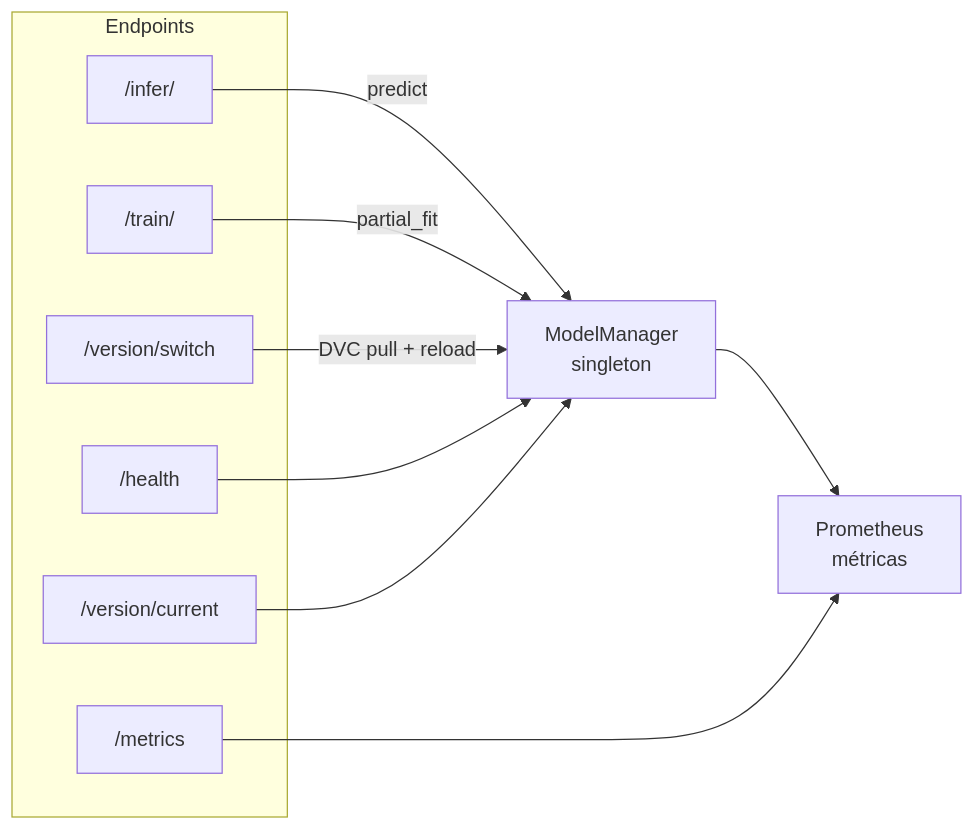
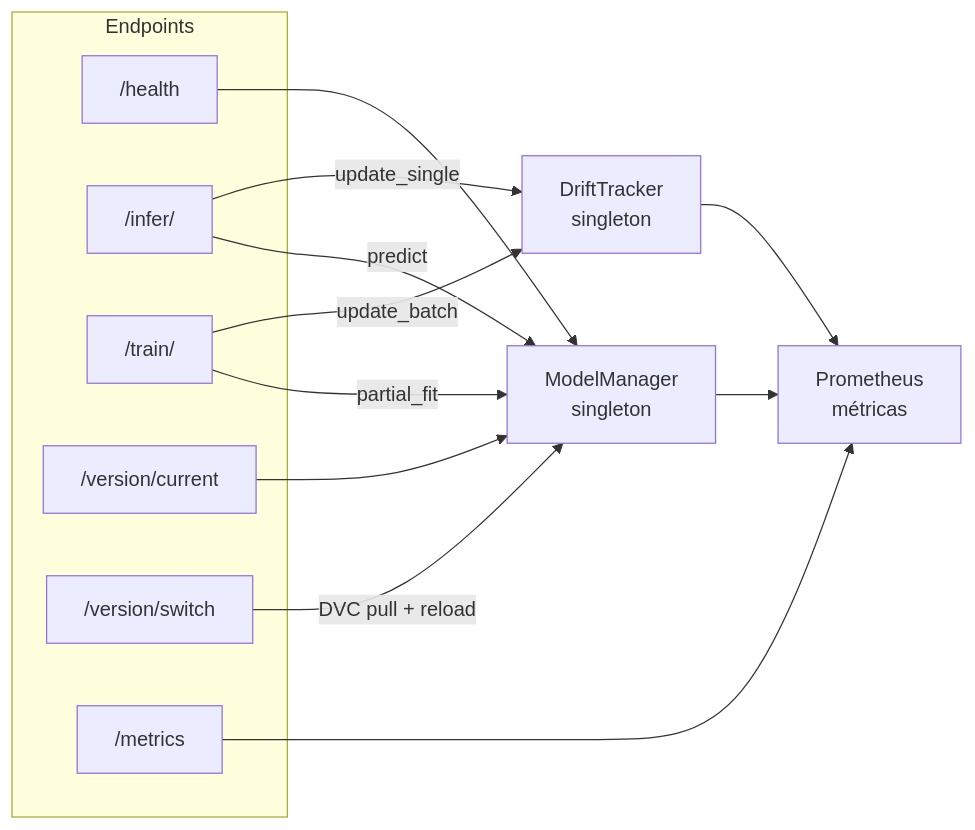
Before and after one commit to VSXR/PipelineModeling: the diagram in docs/api.md, drawn with Mermaid. The commit also changed other lines of this file and 32 other files, not shown here.

````diff
--- a/docs/api.md
+++ b/docs/api.md
@@ -6,22 +6,26 @@
 ```mermaid
 graph LR
     subgraph endpoints["Endpoints"]
         H["/health"]
         I["/infer/"]
         T["/train/"]
         VC["/version/current"]
         VS["/version/switch"]
         M["/metrics"]
     end
 
     MM["ModelManager\nsingleton"]
+    DT["DriftTracker\nsingleton"]
     PROM["Prometheus\nmétricas"]
 
     I -->|predict| MM
+    I -->|update_single| DT
     T -->|partial_fit| MM
+    T -->|update_batch| DT
     VS -->|DVC pull + reload| MM
     MM --> PROM
+    DT --> PROM
     H --> MM
     VC --> MM
     M --> PROM
 ```
````
